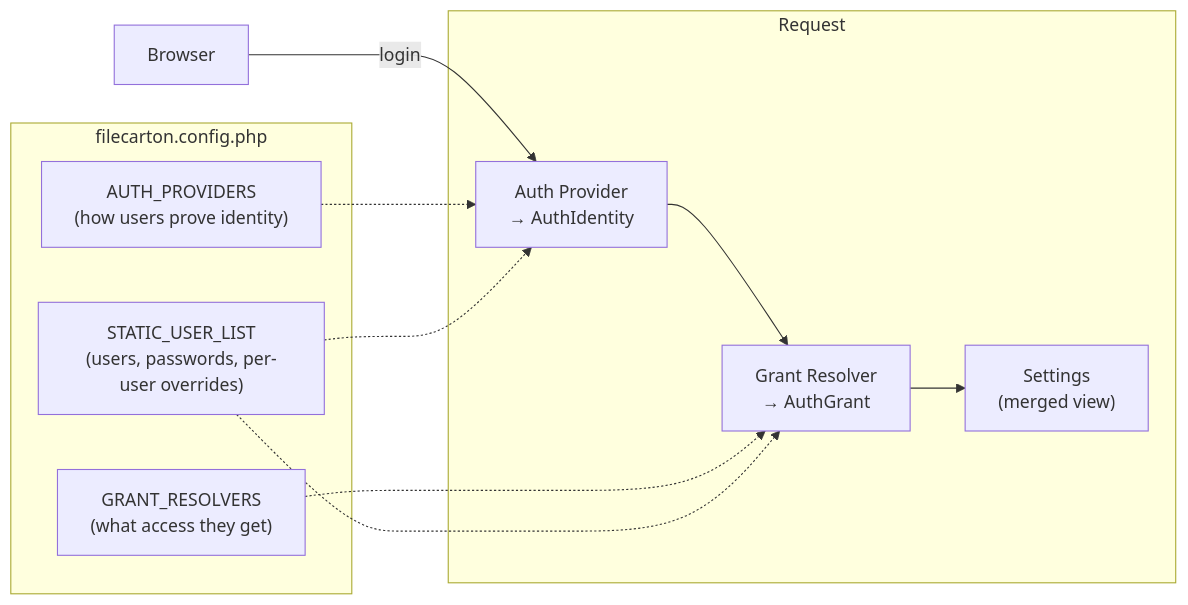
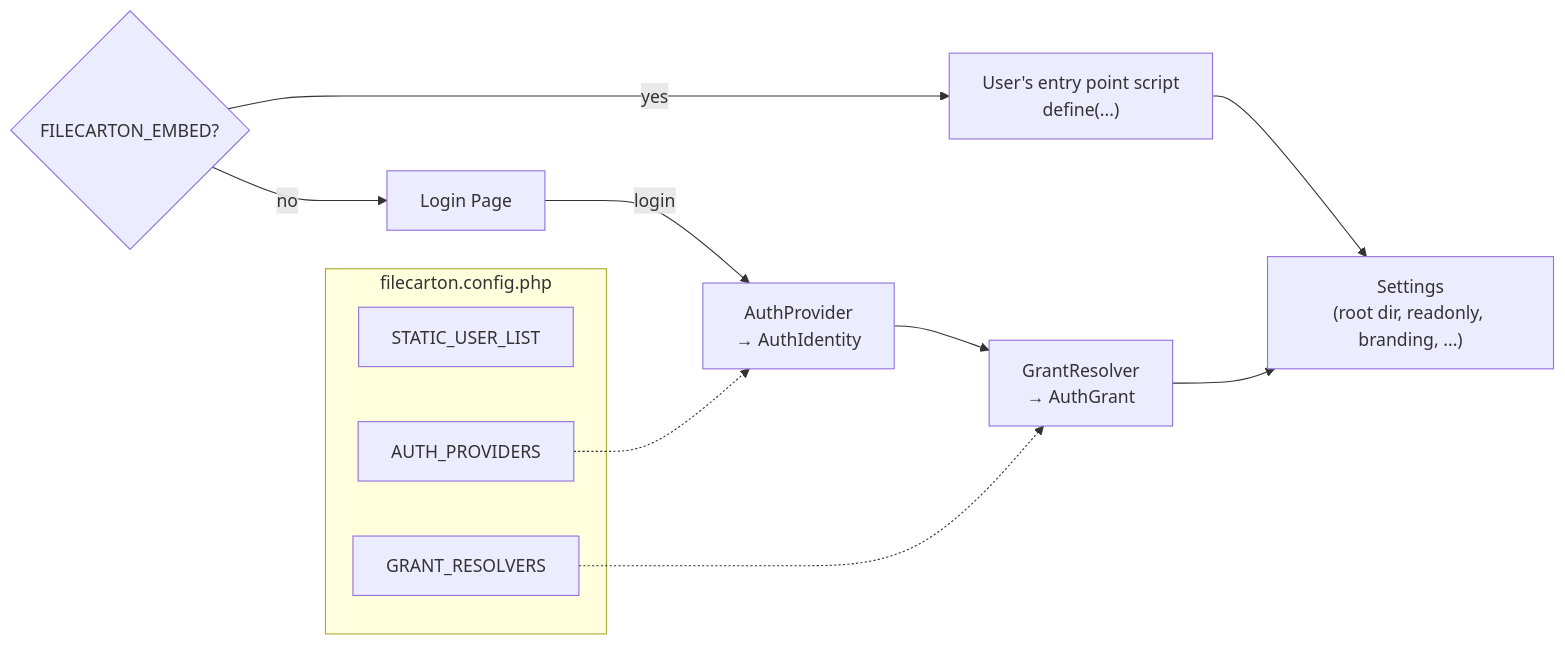
The diagram in docs/config_auth.md (zbx1425/filecarton), drawn with Mermaid before and after one commit. The commit also changed 10 other files, not shown here.

````diff
--- a/docs/config_auth.md
+++ b/docs/config_auth.md
@@ -28,21 +28,21 @@
 ```mermaid
 flowchart LR
+    mode{"FILECARTON_EMBED?"}
+
+    mode -->|"yes"| entry["User's entry point script\ndefine(...)"]
+    entry --> settings["Settings\n(root dir, readonly, branding, ...)"]
+
+    mode -->|"no"| browser["Login Page"]
+    browser -->|"login"| provider["AuthProvider\n→ AuthIdentity"]
+    provider --> grant["GrantResolver\n→ AuthGrant"]
+    grant --> settings
+
     subgraph config ["filecarton.config.php"]
-        userList["STATIC_USER_LIST\n(users, passwords, per-user overrides)"]
-        providers["AUTH_PROVIDERS\n(how users prove identity)"]
-        resolvers["GRANT_RESOLVERS\n(what access they get)"]
-    end
-
-    browser[Browser] -->|"login"| provider
-    subgraph runtime ["Request"]
-        provider["Auth Provider\n→ AuthIdentity"]
-        grant["Grant Resolver\n→ AuthGrant"]
-        settings["Settings\n(merged view)"]
-        provider --> grant --> settings
+        userList["STATIC_USER_LIST"]
+        providers["AUTH_PROVIDERS"]
+        resolvers["GRANT_RESOLVERS"]
     end
 
     providers -.-> provider
     resolvers -.-> grant
-    userList -.-> provider
-    userList -.-> grant
 ```
````
